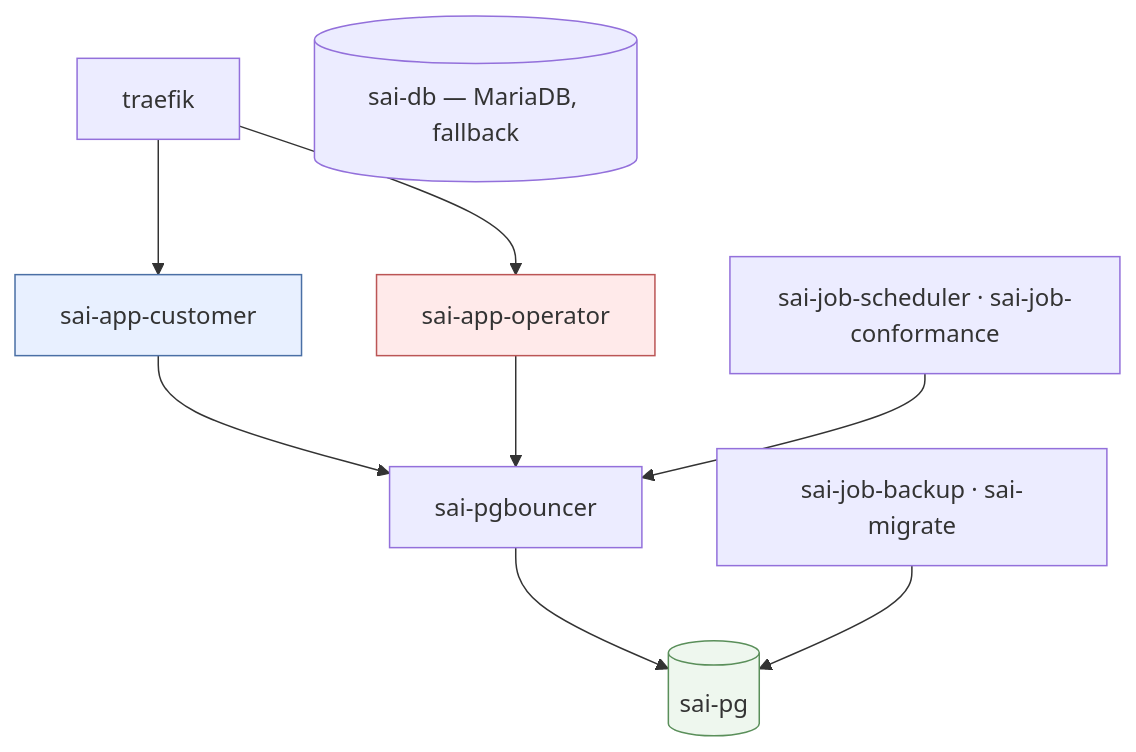
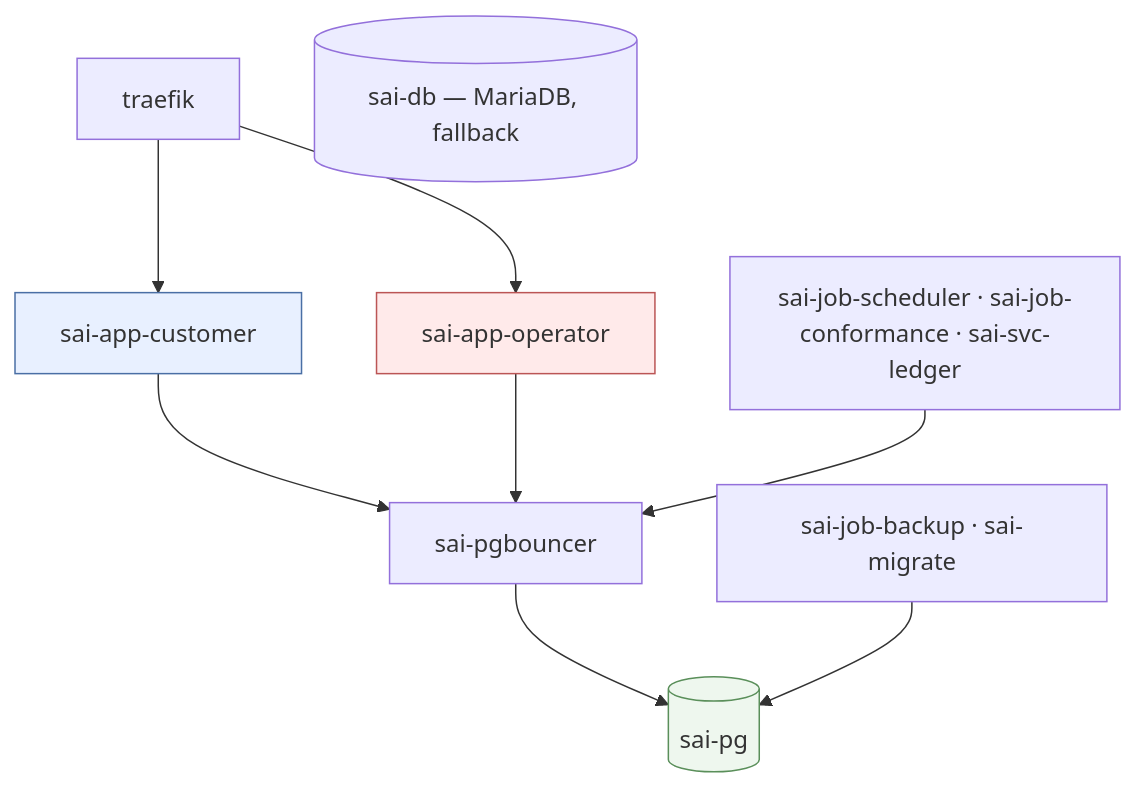
One commit to tri-evendi/sai-accounting changed the first of 5 diagrams in docs/arsitektur/02-LAYANAN-INFRA.md. Above: the diagram before and after it, drawn with Mermaid. The commit also changed other lines of this file and 7 other files, not shown here.

````diff
--- a/docs/arsitektur/02-LAYANAN-INFRA.md
+++ b/docs/arsitektur/02-LAYANAN-INFRA.md
@@ -54,15 +55,15 @@
 ```mermaid
 graph TB
     TR[traefik] --> WEBC[sai-app-customer]
     TR --> WEBO[sai-app-operator]
     WEBC --> PGB[sai-pgbouncer]
     WEBO --> PGB
-    JOB[sai-job-scheduler · sai-job-conformance] --> PGB
+    JOB[sai-job-scheduler · sai-job-conformance · sai-svc-ledger] --> PGB
     PGB --> PG[(sai-pg)]
     LANGSUNG[sai-job-backup · sai-migrate] --> PG
     OLD[(sai-db — MariaDB, fallback)]
 
     style WEBC fill:#e8f0ff,stroke:#4a6fa5
     style WEBO fill:#ffeaea,stroke:#b55
     style PG fill:#eef7ee,stroke:#5a8f5a
 ```
````
